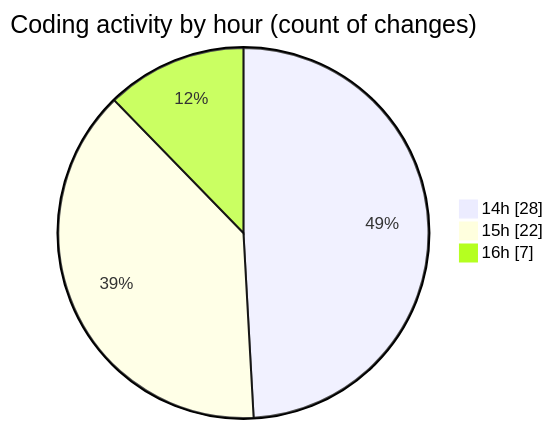
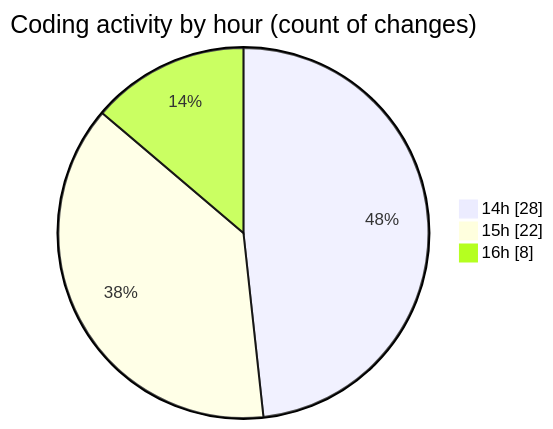
One commit to idhammustaqopulfikri/code-tracking changed the second of 2 diagrams in 2025-11-08/futsal/README.md. Above: the diagram before and after it, drawn with Mermaid. The commit also changed other lines of this file and 1 other file, not shown here.

````diff
--- a/2025-11-08/futsal/README.md
+++ b/2025-11-08/futsal/README.md
@@ -42,7 +42,7 @@
 ```mermaid
 pie showData
 title Coding activity by hour (count of changes)
 "14h" : 28
 "15h" : 22
-"16h" : 7
+"16h" : 8
 ```
````
